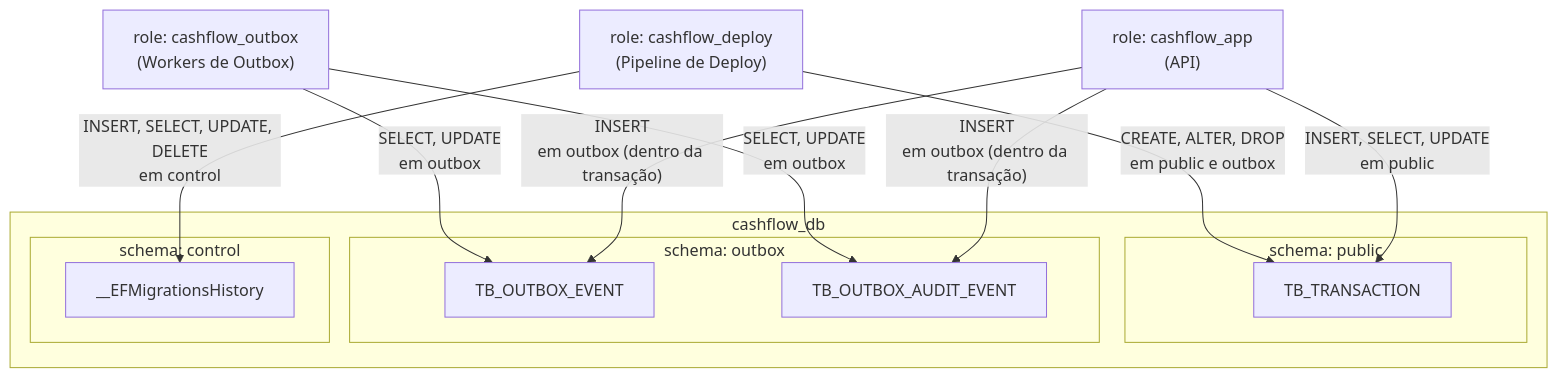
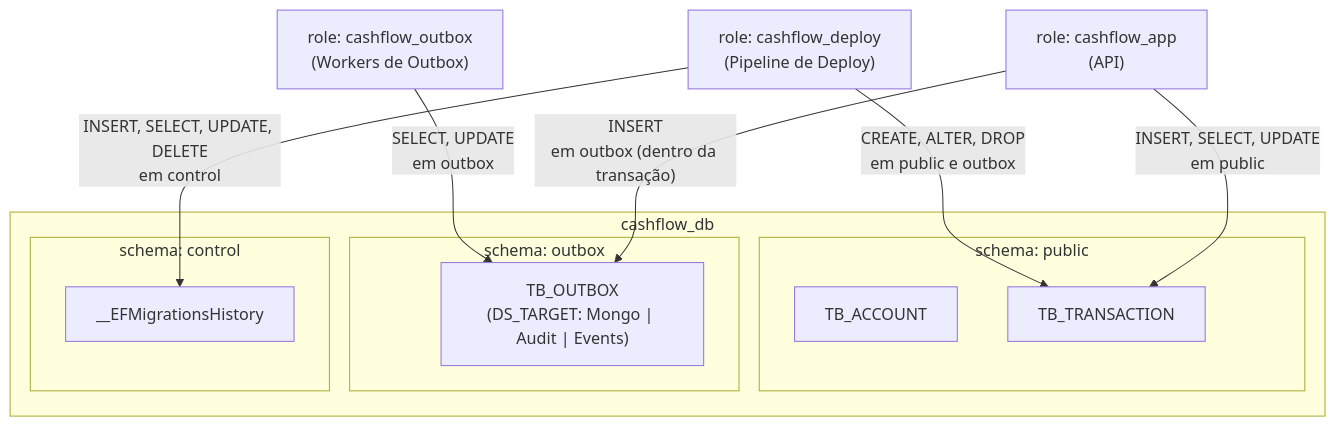
One commit to filipececcon/arch-challenge changed the diagram in docs/decisions/ADR-015-segregacao-schemas-postgresql.md. Above: the diagram before and after it, drawn with Mermaid. The commit also changed other lines of this file and 38 other files, not shown here.

First line of the commit message:
Refactor Cashflow architecture docs for account aggregate and unified outbox

````diff
--- a/docs/decisions/ADR-015-segregacao-schemas-postgresql.md
+++ b/docs/decisions/ADR-015-segregacao-schemas-postgresql.md
@@ -33,31 +33,29 @@
 ```mermaid
 flowchart TB
     subgraph cashflow_db
         subgraph public["schema: public"]
+            TB_ACCOUNT["TB_ACCOUNT"]
             TB_TRANSACTION["TB_TRANSACTION"]
         end
 
         subgraph outbox["schema: outbox"]
-            TB_OUTBOX_EVENT["TB_OUTBOX_EVENT"]
-            TB_OUTBOX_AUDIT_EVENT["TB_OUTBOX_AUDIT_EVENT"]
+            TB_OUTBOX["TB_OUTBOX\n(DS_TARGET: Mongo | Audit | Events)"]
         end
 
         subgraph control["schema: control"]
             EF_HISTORY["__EFMigrationsHistory"]
         end
     end
 
     role_api["role: cashflow_app\n(API)"]
     role_outbox["role: cashflow_outbox\n(Workers de Outbox)"]
     role_deploy["role: cashflow_deploy\n(Pipeline de Deploy)"]
 
     role_api -->|"INSERT, SELECT, UPDATE\nem public"| TB_TRANSACTION
-    role_api -->|"INSERT\nem outbox (dentro da transação)"| TB_OUTBOX_EVENT
-    role_api -->|"INSERT\nem outbox (dentro da transação)"| TB_OUTBOX_AUDIT_EVENT
+    role_api -->|"INSERT\nem outbox (dentro da transação)"| TB_OUTBOX
 
-    role_outbox -->|"SELECT, UPDATE\nem outbox"| TB_OUTBOX_EVENT
-    role_outbox -->|"SELECT, UPDATE\nem outbox"| TB_OUTBOX_AUDIT_EVENT
+    role_outbox -->|"SELECT, UPDATE\nem outbox"| TB_OUTBOX
 
     role_deploy -->|"INSERT, SELECT, UPDATE, DELETE\nem control"| EF_HISTORY
     role_deploy -->|"CREATE, ALTER, DROP\nem public e outbox"| TB_TRANSACTION
 ```
````
